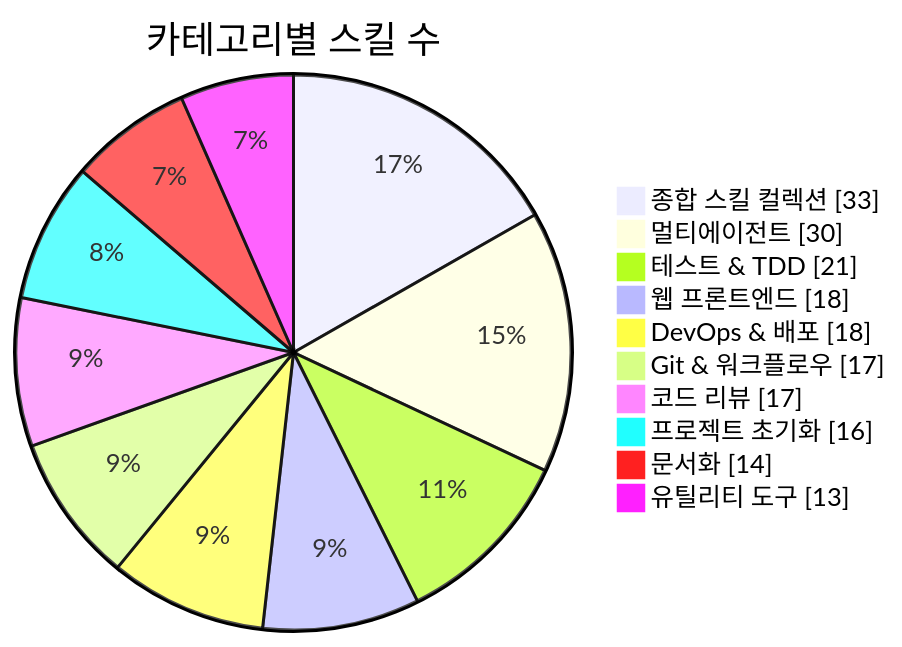
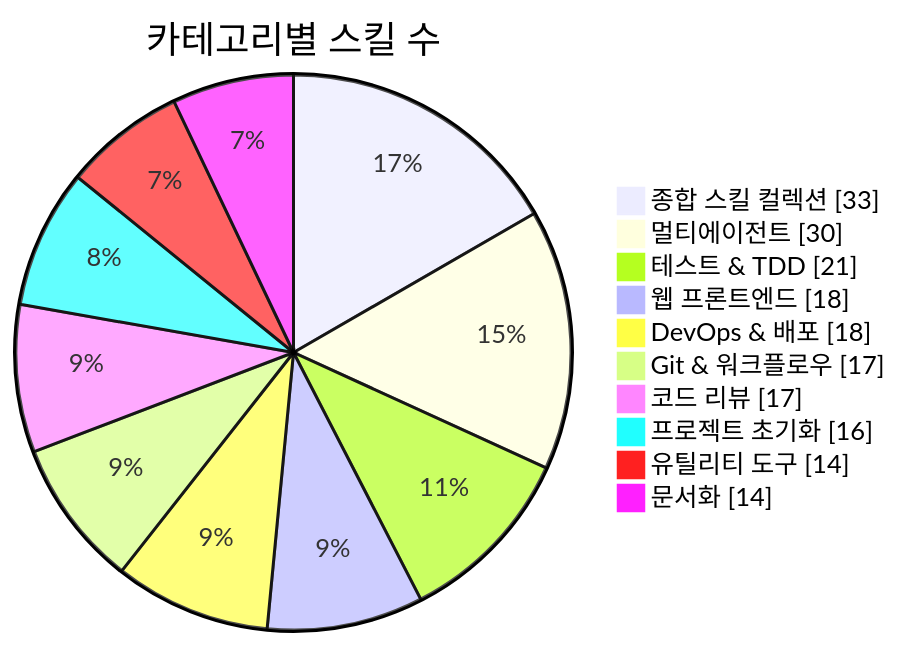
Before and after one commit to J-nowcow/awesome-korean-agent-skills: the first of 3 diagrams in README.md, drawn with Mermaid. The commit also changed other lines of this file and 3 other files, not shown here.

````diff
--- a/README.md
+++ b/README.md
@@ -176,14 +176,14 @@
 ```mermaid
 pie showData
     title 카테고리별 스킬 수
     "종합 스킬 컬렉션" : 33
     "멀티에이전트" : 30
     "테스트 & TDD" : 21
     "웹 프론트엔드" : 18
     "DevOps & 배포" : 18
     "Git & 워크플로우" : 17
     "코드 리뷰" : 17
     "프로젝트 초기화" : 16
+    "유틸리티 도구" : 14
     "문서화" : 14
-    "유틸리티 도구" : 13
 ```
````
